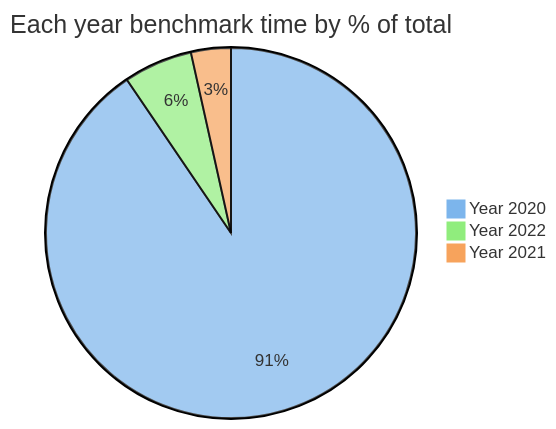
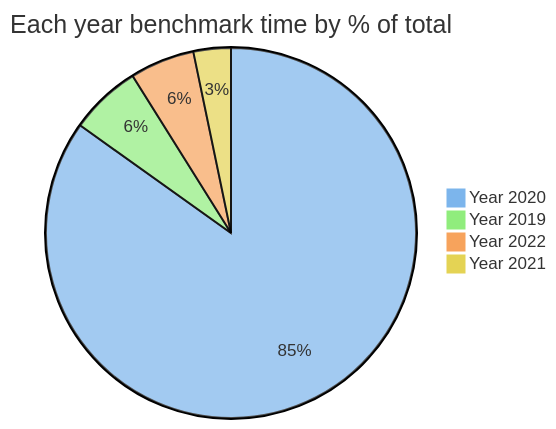
Before and after one commit to maneatingape/advent-of-code-rust: the first of 5 diagrams in README.md, drawn with Mermaid. The commit also changed other lines of this file, not shown here.

Commit message:
Update benchmark data and graphs

````diff
--- a/README.md
+++ b/README.md
@@ -56,8 +56,9 @@
 ```mermaid
-%%{init: {'theme': 'base', 'themeVariables': { 'pie1': '#7cb5ec', 'pie2': '#90ed7d', 'pie3': '#f7a35c'}}}%%
+%%{init: {'theme': 'base', 'themeVariables': { 'pie1': '#7cb5ec', 'pie2': '#90ed7d', 'pie3': '#f7a35c', 'pie4': '#e4d354'}}}%%
 pie
     title Each year benchmark time by % of total
     "Year 2020" : 286
+    "Year 2019" : 21
     "Year 2022" : 19
     "Year 2021" : 11
 ```
````
